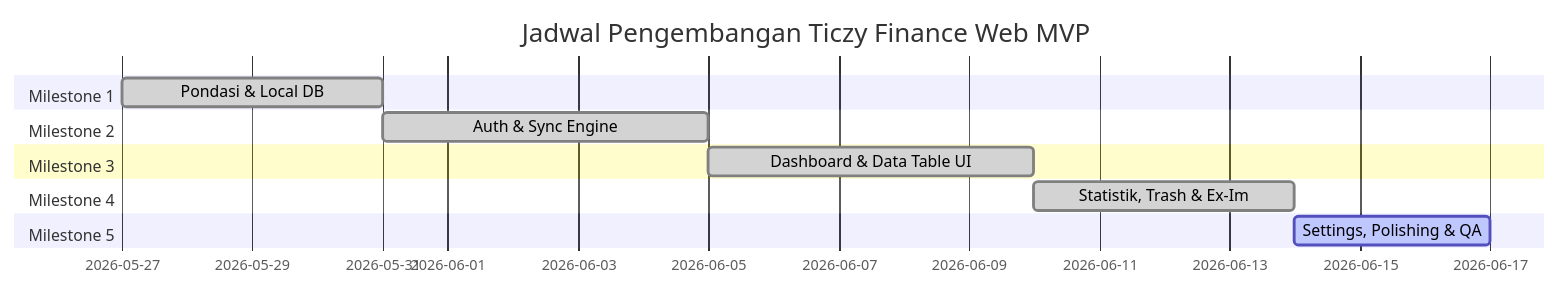
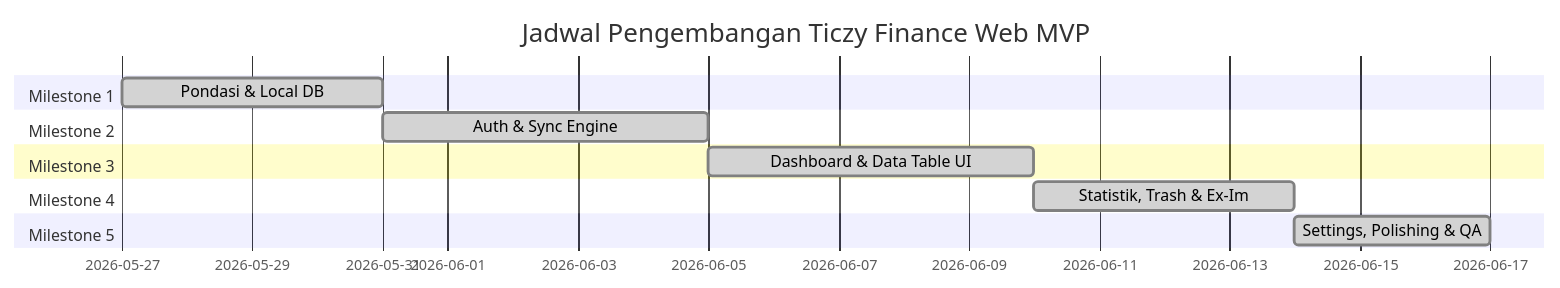
One commit to Parzello-Tech/ticzy-web changed the diagram in Planning/Planning MVP.md. Above: the diagram before and after it, drawn with Mermaid. The commit also changed other lines of this file and 5 other files, not shown here.

````diff
--- a/Planning/Planning MVP.md
+++ b/Planning/Planning MVP.md
@@ -98,15 +98,15 @@
 ```mermaid
 gantt
     title Jadwal Pengembangan Ticzy Finance Web MVP
     dateFormat  YYYY-MM-DD
     section Milestone 1
     Pondasi & Local DB           :done, m1, 2026-05-27, 4d
     section Milestone 2
     Auth & Sync Engine          :done, m2, after m1, 5d
     section Milestone 3
     Dashboard & Data Table UI    :done, m3, after m2, 5d
     section Milestone 4
     Statistik, Trash & Ex-Im     :done, m4, after m3, 4d
     section Milestone 5
-    Settings, Polishing & QA     :active, m5, after m4, 3d
+    Settings, Polishing & QA     :done, m5, after m4, 3d
 ```
````
